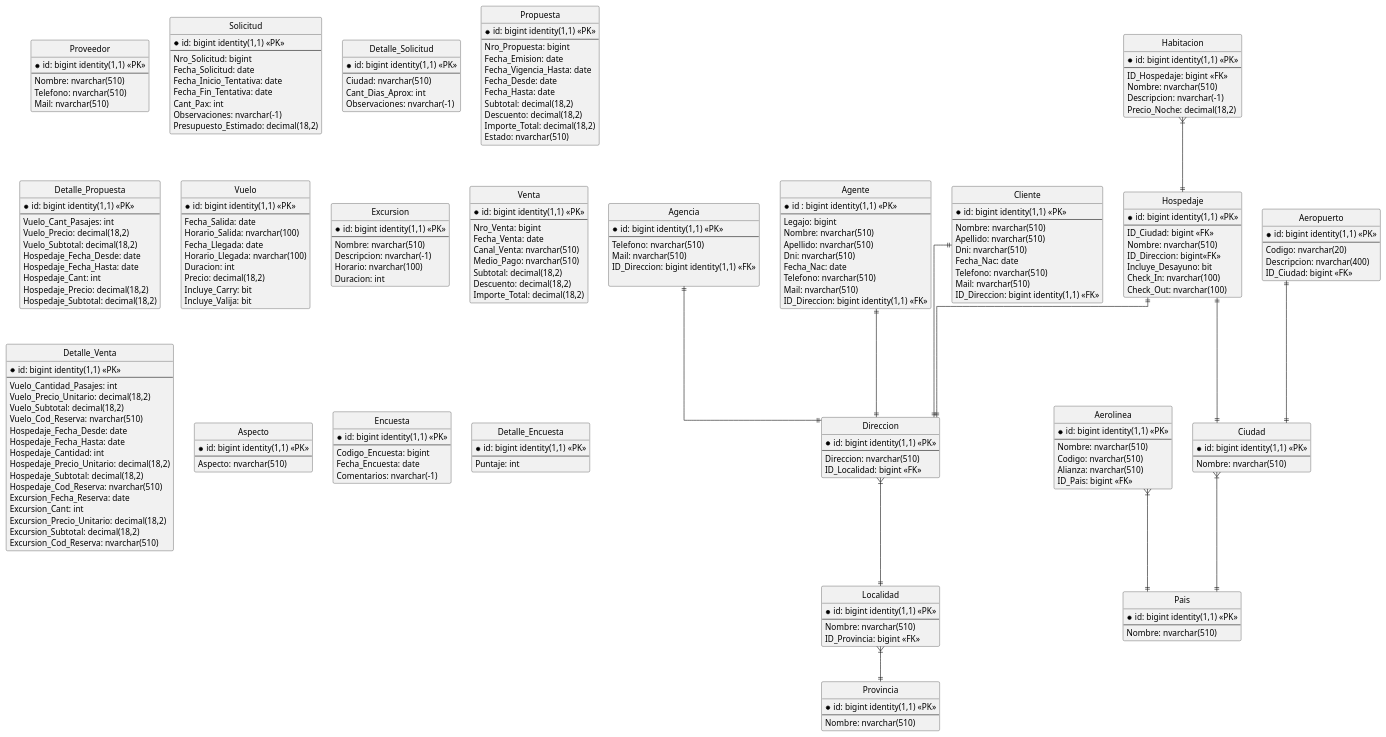
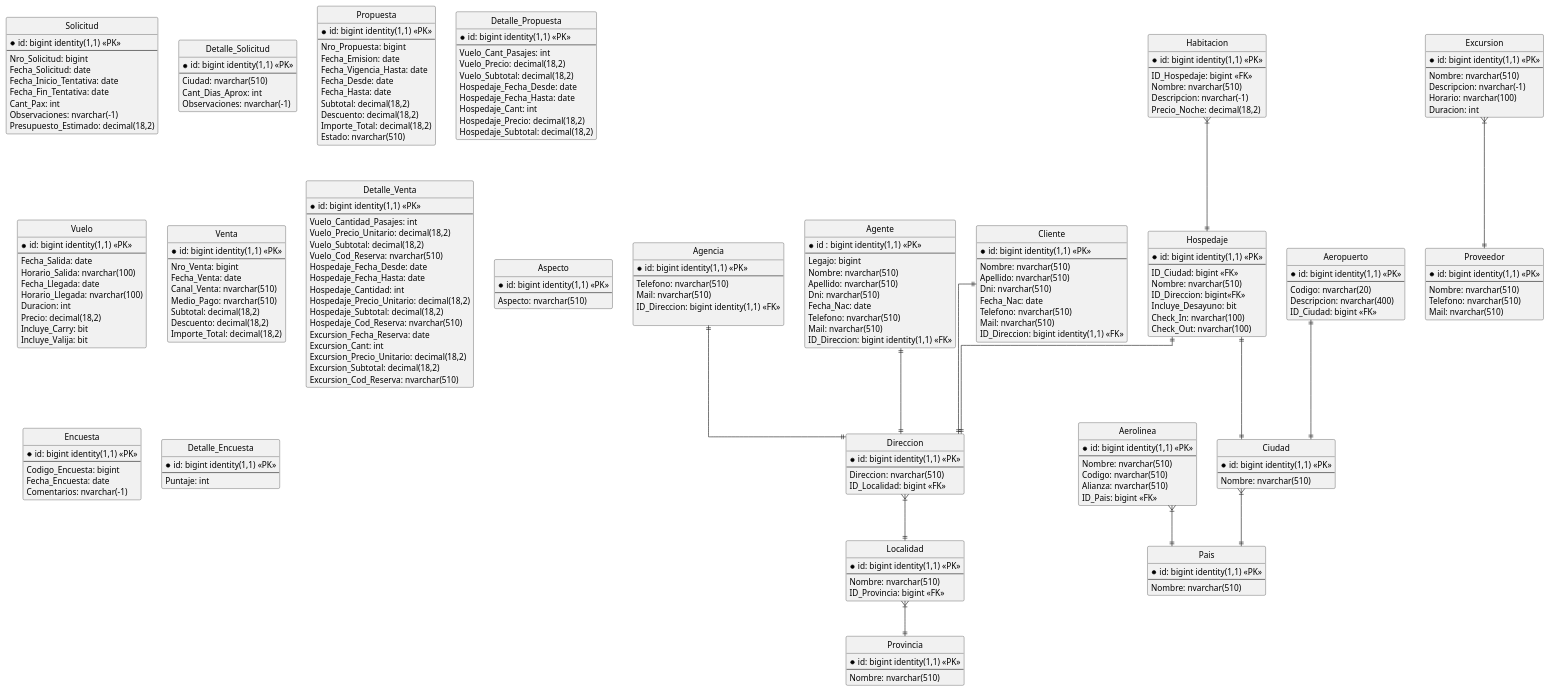
One commit to fonsecanico/GANEN_LA_CUARTA_O_NO_VUELVAN changed the diagram in trabajo practico/misc/diagrama-tentativo/DER.puml. Above: the diagram before and after it, drawn with PlantUML.

Commit message:
Agregado algunos analisis

```diff
--- a/trabajo practico/misc/diagrama-tentativo/DER.puml
+++ b/trabajo practico/misc/diagrama-tentativo/DER.puml
@@ -215,18 +215,26 @@
     Direccion: nvarchar(510)
     ID_Localidad: bigint <<FK>>
 }
+excursion }|--|| proveedor
+
 aerolinea }|--|| pais
+
 aeropuerto ||--|| ciudad
+
 ciudad }|--|| pais
+
 cliente ||--|| direccion
+
 agente ||--|| direccion
+
 agencia ||--|| direccion
+
 direccion }|--|| localidad
+
 localidad }|--|| provincia
 
 habitacion }|--|| hospedaje
+
 hospedaje ||--|| ciudad
 hospedaje ||--|| direccion
-'alumno }o..|| AA
-''alumno ||..o{ diploma
 @enduml
```
